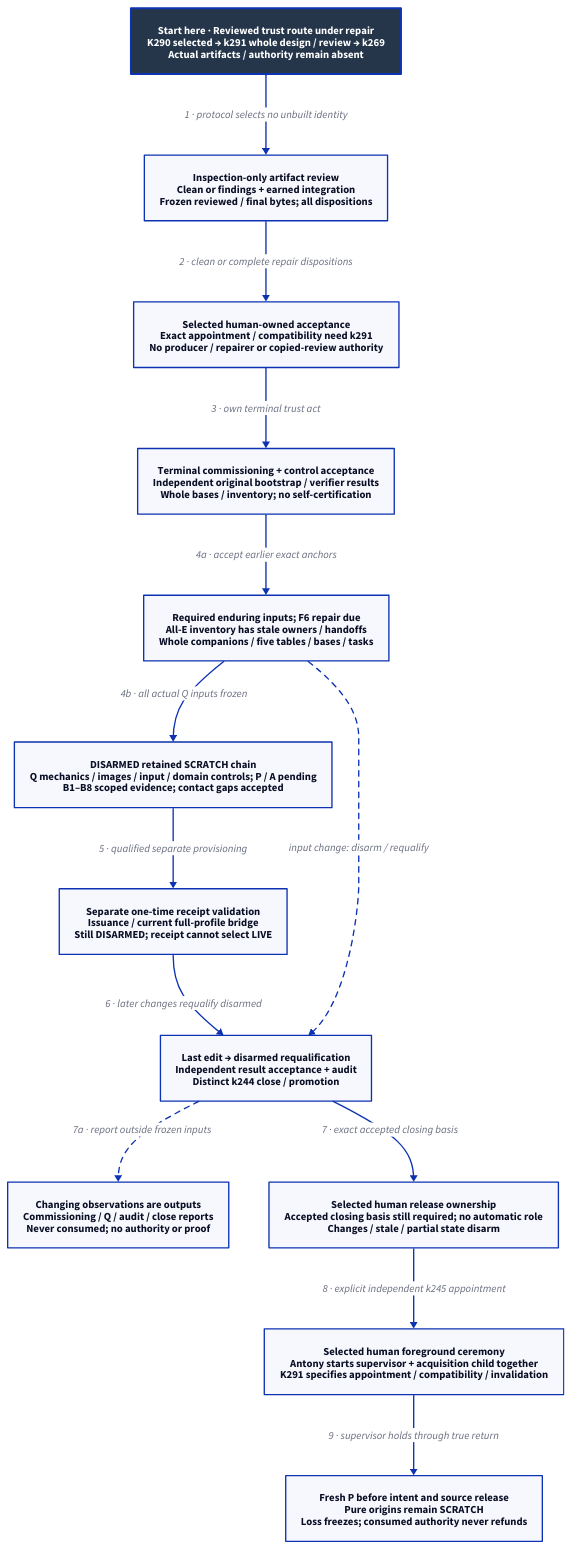
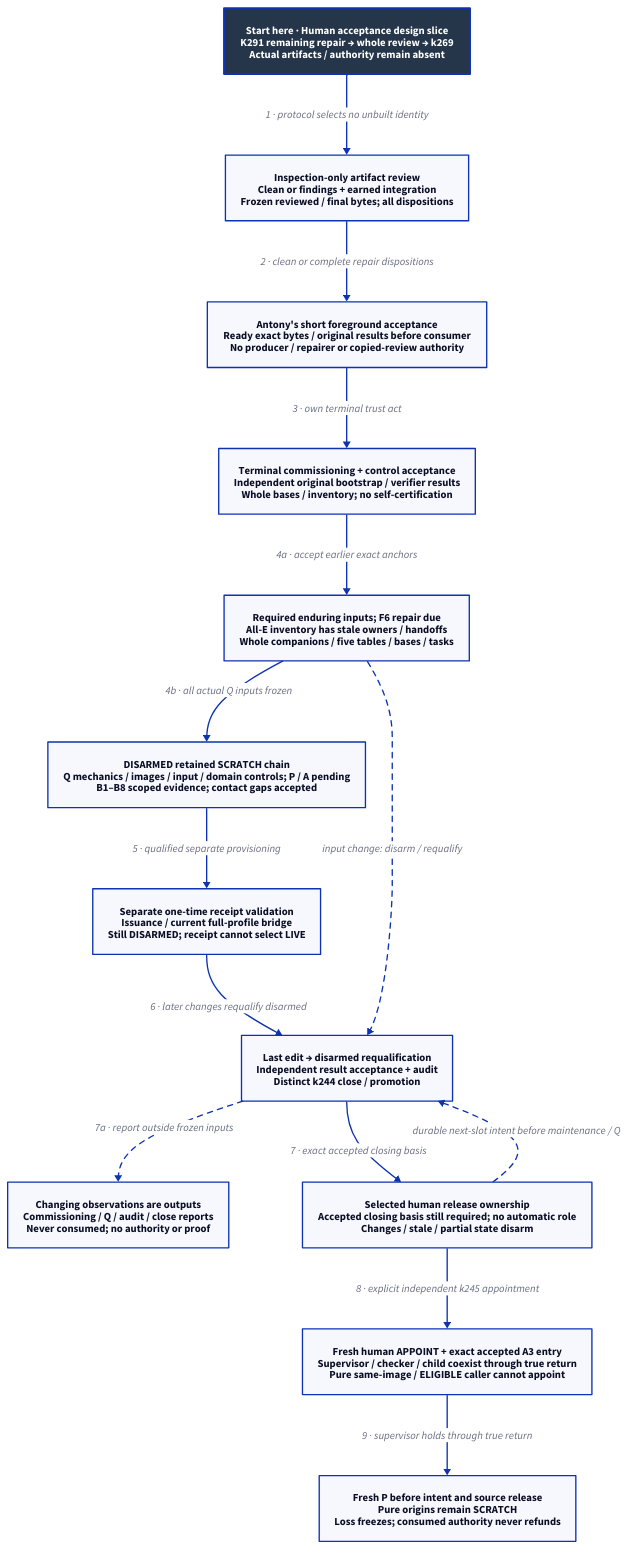
Before and after one commit to Linkuistics/Koine: the diagram in docs/design/architecture/native-reference-proof.d2, drawn with D2. The commit also changed 20 other files, not shown here.

Commit message:
Design foreground admission (reference-evidence-foreground-admission-k292)

```diff
--- a/docs/design/architecture/native-reference-proof.d2
+++ b/docs/design/architecture/native-reference-proof.d2
@@ -1,29 +1,30 @@
 # Proposed dependency flow; root, tools and controls remain unqualified.
 direction: down
 classes: {
   start: {style: {fill: "#25364B"; font-color: "#FFFFFF"; bold: true; stroke-width: 3}}
 }
-Start: "Start here · Reviewed trust route under repair\nK290 selected → k291 whole design / review → k269\nActual artifacts / authority remain absent" {class: start}
+Start: "Start here · Human acceptance design slice\nK291 remaining repair → whole review → k269\nActual artifacts / authority remain absent" {class: start}
 Review: "Inspection-only artifact review\nClean or findings + earned integration\nFrozen reviewed / final bytes; all dispositions"
-Owner: "Selected human-owned acceptance\nExact appointment / compatibility need k291\nNo producer / repairer or copied-review authority"
+Owner: "Antony's short foreground acceptance\nReady exact bytes / original results before consumer\nNo producer / repairer or copied-review authority"
 Self: "Terminal commissioning + control acceptance\nIndependent original bootstrap / verifier results\nWhole bases / inventory; no self-certification"
 Qualification: "DISARMED retained SCRATCH chain\nQ mechanics / images / input / domain controls; P / A pending\nB1–B8 scoped evidence; contact gaps accepted"
 Inputs: "Required enduring inputs; F6 repair due\nAll-E inventory has stale owners / handoffs\nWhole companions / five tables / bases / tasks"
 Report: "Changing observations are outputs\nCommissioning / Q / audit / close reports\nNever consumed; no authority or proof"
 Receipt: "Separate one-time receipt validation\nIssuance / current full-profile bridge\nStill DISARMED; receipt cannot select LIVE"
 Final: "Last edit → disarmed requalification\nIndependent result acceptance + audit\nDistinct k244 close / promotion"
 Release: "Selected human release ownership\nAccepted closing basis still required; no automatic role\nChanges / stale / partial state disarm"
-Channel: "Selected human foreground ceremony\nAntony starts supervisor + acquisition child together\nK291 specifies appointment / compatibility / invalidation"
+Channel: "Fresh human APPOINT + exact accepted A3 entry\nSupervisor / checker / child coexist through true return\nPure same-image / ELIGIBLE caller cannot appoint"
 Boundary: "Fresh P before intent and source release\nPure origins remain SCRATCH\nLoss freezes; consumed authority never refunds"
 Start -> Review: "1 · protocol selects no unbuilt identity"
 Review -> Owner: "2 · clean or complete repair dispositions"
 Owner -> Self: "3 · own terminal trust act"
 Self -> Inputs: "4a · accept earlier exact anchors"
 Inputs -> Qualification: "4b · all actual Q inputs frozen"
 Qualification -> Receipt: "5 · qualified separate provisioning"
 Receipt -> Final: "6 · later changes requalify disarmed"
 Final -> Release: "7 · exact accepted closing basis"
 Final -> Report: "7a · report outside frozen inputs" {style.stroke-dash: 4}
 Inputs -> Final: "input change: disarm / requalify" {style.stroke-dash: 4}
+Release -> Final: "durable next-slot intent before maintenance / Q" {style.stroke-dash: 4}
 Release -> Channel: "8 · explicit independent k245 appointment"
 Channel -> Boundary: "9 · supervisor holds through true return"
```
